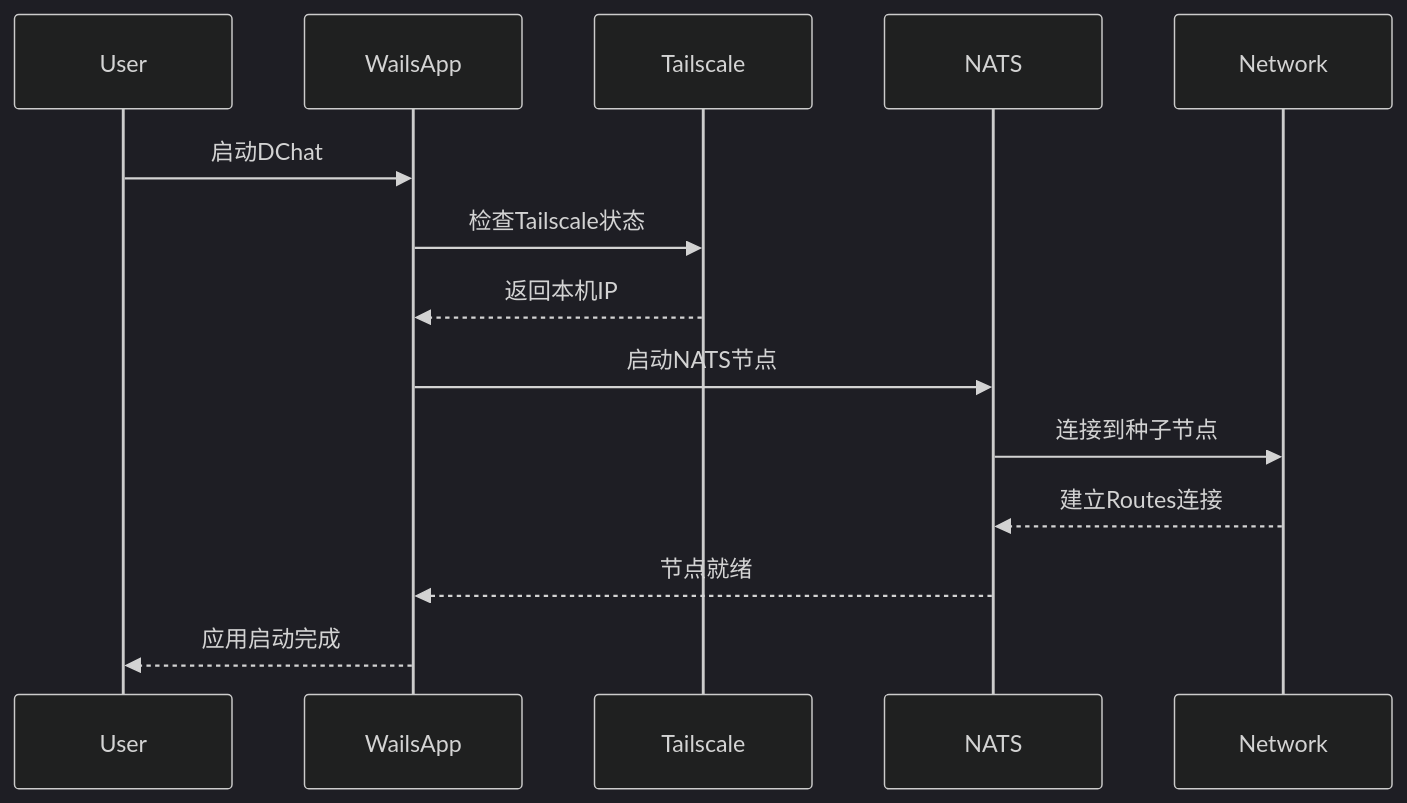
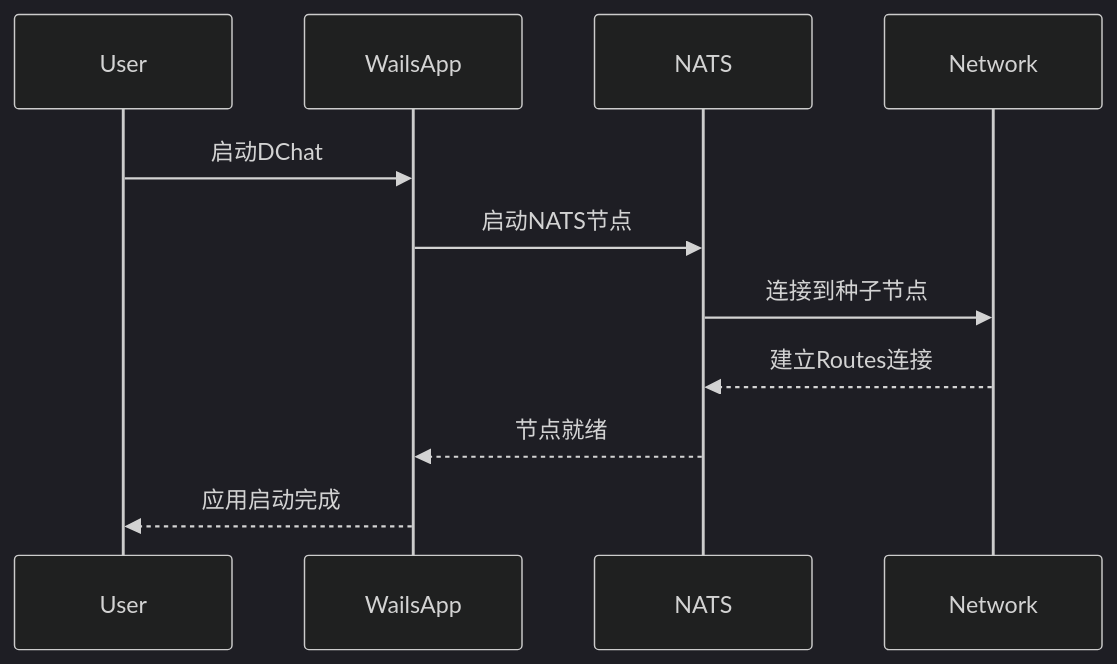
Before and after one commit to yixianOu/Dchat: the diagram in README.md, drawn with Mermaid (dark theme). The commit also changed other lines of this file and 8 other files, not shown here.

````diff
--- a/README.md
+++ b/README.md
@@ -472,17 +393,14 @@
 ```mermaid
 sequenceDiagram
     participant User
     participant WailsApp
-    participant Tailscale
     participant NATS
     participant Network
 
     User->>WailsApp: 启动DChat
-    WailsApp->>Tailscale: 检查Tailscale状态
-    Tailscale-->>WailsApp: 返回本机IP
     WailsApp->>NATS: 启动NATS节点
     NATS->>Network: 连接到种子节点
     Network-->>NATS: 建立Routes连接
     NATS-->>WailsApp: 节点就绪
     WailsApp-->>User: 应用启动完成
 ```
````
